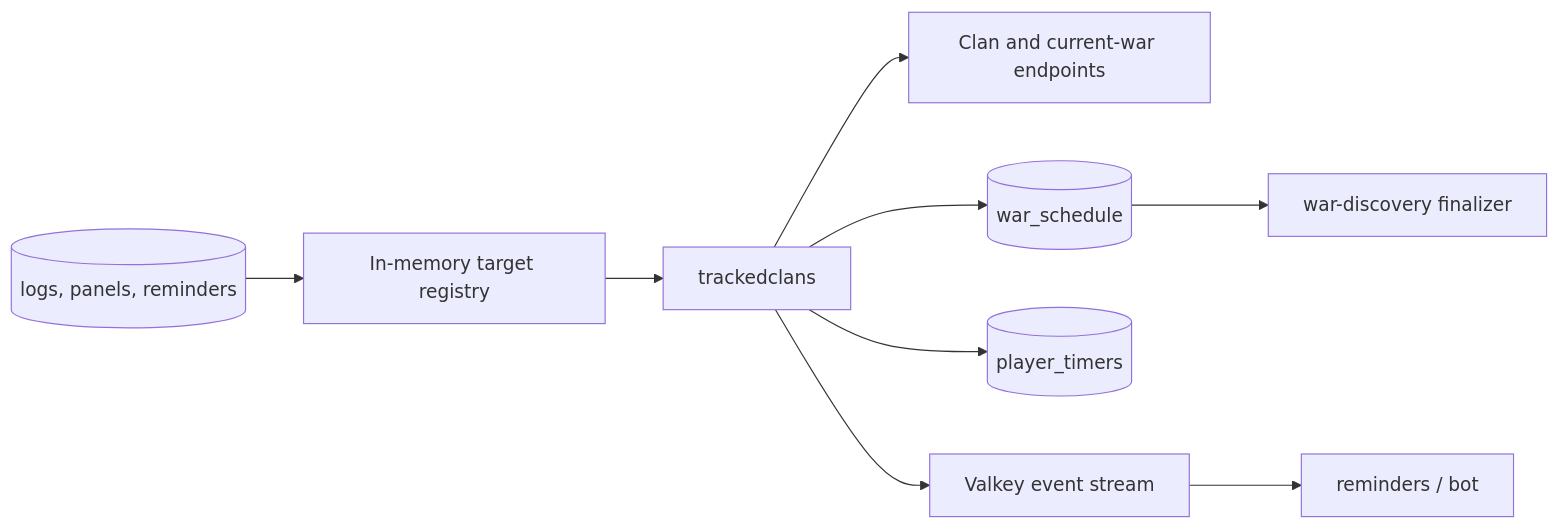
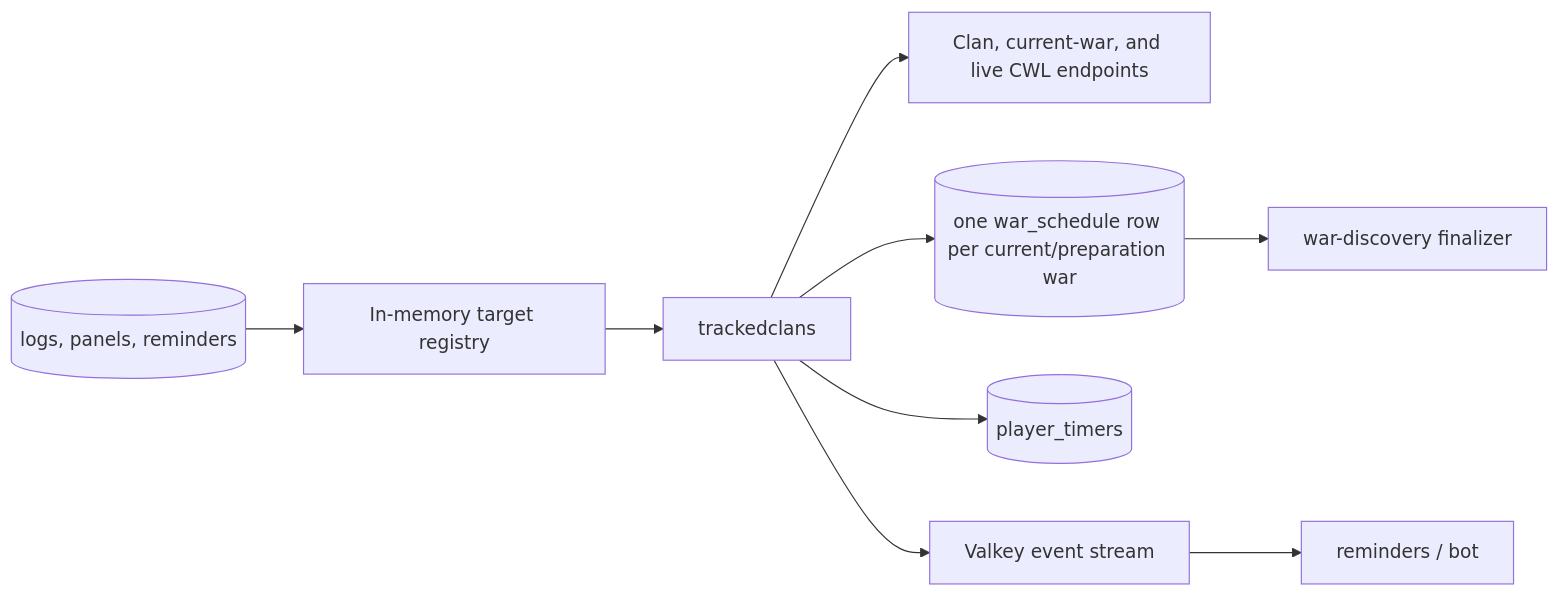
Before and after one commit to ClashKingInc/ClashKingTracking: the diagram in docs/trackedclans.md, drawn with Mermaid. The commit also changed other lines of this file and 47 other files, not shown here.

````diff
--- a/docs/trackedclans.md
+++ b/docs/trackedclans.md
@@ -81,11 +89,11 @@
 ```mermaid
 flowchart LR
   Config[(logs, panels, reminders)] --> R[In-memory target registry]
   R --> T[trackedclans]
-  T --> API[Clan and current-war endpoints]
-  T --> S[(war_schedule)]
+  T --> API[Clan, current-war, and live CWL endpoints]
+  T --> S[(one war_schedule row per current/preparation war)]
   T --> P[(player_timers)]
   T --> E[Valkey event stream]
   S --> W[war-discovery finalizer]
   E --> Rem[reminders / bot]
 ```
````
